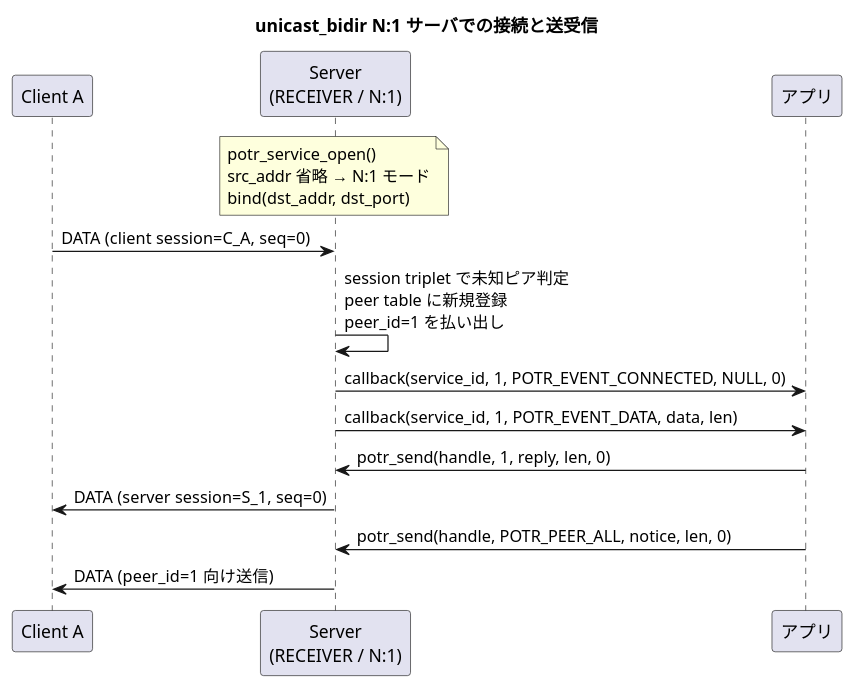
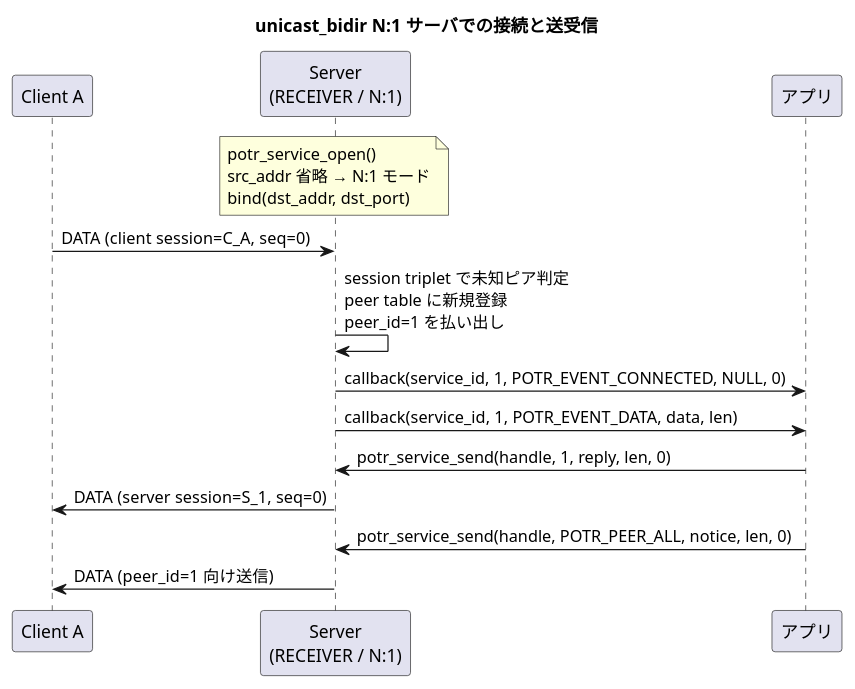
Before and after one commit to Hondarer/app_porter: the second of 4 diagrams in docs/sequence-bidir.md, drawn with PlantUML. The commit also changed 46 other files, not shown here.

````diff
--- a/docs/sequence-bidir.md
+++ b/docs/sequence-bidir.md
@@ -70,22 +70,22 @@
 ```plantuml
 @startuml unicast_bidir N1 接続
 title unicast_bidir N:1 サーバでの接続と送受信
 
 participant "Client A" as CA
 participant "Server\n(RECEIVER / N:1)" as S
 participant "アプリ" as APP
 
 note over S: potr_service_open()\nsrc_addr 省略 → N:1 モード\nbind(dst_addr, dst_port)
 
 CA -> S: DATA (client session=C_A, seq=0)
 S -> S: session triplet で未知ピア判定\npeer table に新規登録\npeer_id=1 を払い出し
 S -> APP: callback(service_id, 1, POTR_EVENT_CONNECTED, NULL, 0)
 S -> APP: callback(service_id, 1, POTR_EVENT_DATA, data, len)
 
-APP -> S: potr_send(handle, 1, reply, len, 0)
+APP -> S: potr_service_send(handle, 1, reply, len, 0)
 S -> CA: DATA (server session=S_1, seq=0)
 
-APP -> S: potr_send(handle, POTR_PEER_ALL, notice, len, 0)
+APP -> S: potr_service_send(handle, POTR_PEER_ALL, notice, len, 0)
 S -> CA: DATA (peer_id=1 向け送信)
 @enduml
 ```
````
